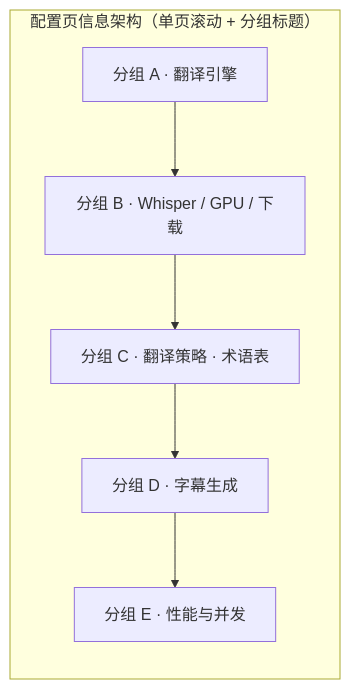
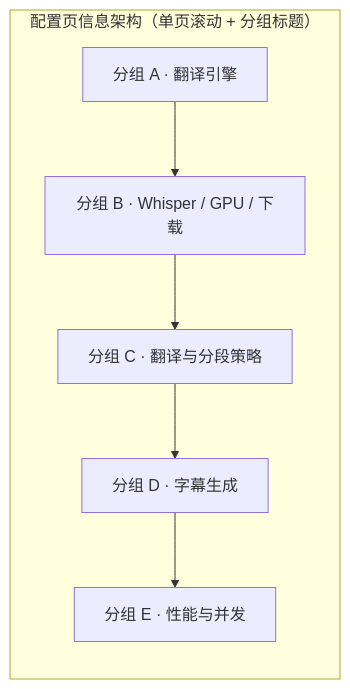
Before and after one commit to CodedByLiu/SubForge: the second of 2 diagrams in specs/0001-spec.md, drawn with Mermaid. The commit also changed other lines of this file and 15 other files, not shown here.

````diff
--- a/specs/0001-spec.md
+++ b/specs/0001-spec.md
@@ -137,12 +141,12 @@
 ```mermaid
 flowchart LR
   subgraph cfg_layout["配置页信息架构（单页滚动 + 分组标题）"]
     direction TB
     G1[分组 A · 翻译引擎]
     G2[分组 B · Whisper / GPU / 下载]
-    G3[分组 C · 翻译策略 · 术语表]
+    G3[分组 C · 翻译与分段策略]
     G4[分组 D · 字幕生成]
     G5[分组 E · 性能与并发]
     G1 --> G2 --> G3 --> G4 --> G5
   end
 ```
````
